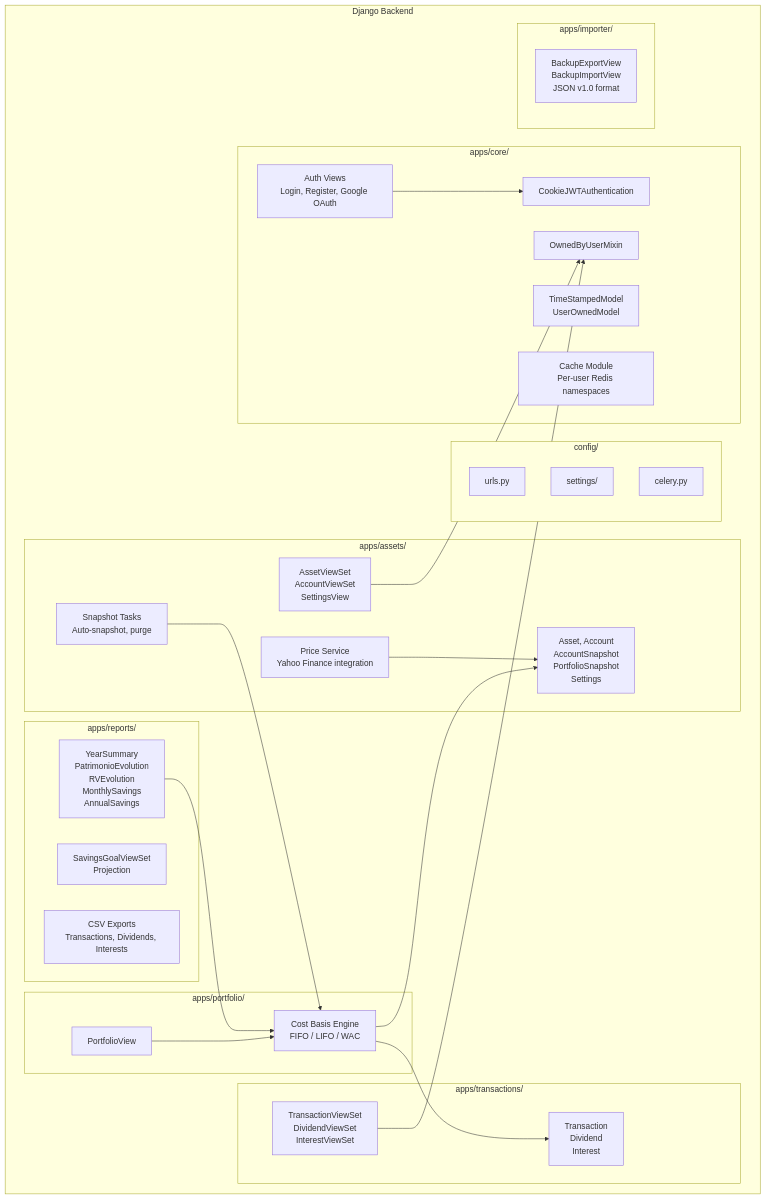
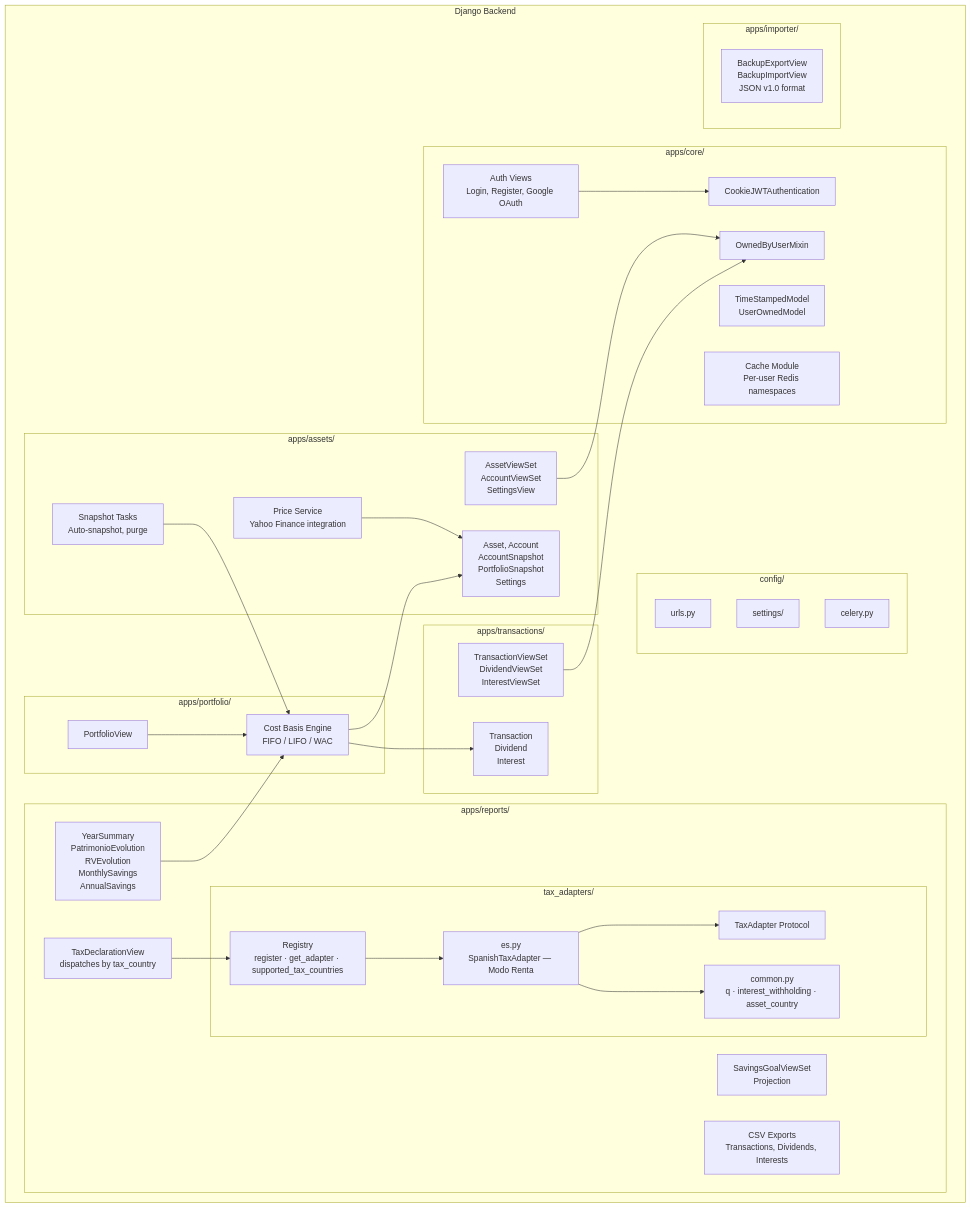
The third of 9 diagrams in docs/architecture.md (Gonzalez8/Fintrack), drawn with Mermaid before and after one commit. The commit also changed other lines of this file and 18 other files, not shown here.

First line of the commit message:
refactor(fiscal): extract per-country tax adapters into pluggable modules (#62)

````diff
--- a/docs/architecture.md
+++ b/docs/architecture.md
@@ -98,55 +98,66 @@
 ```mermaid
 graph TB
     subgraph "Django Backend"
         subgraph "config/"
             urls[urls.py]
             settings[settings/]
             celery_app[celery.py]
         end
 
         subgraph "apps/core/"
             auth_views[Auth Views<br/>Login, Register, Google OAuth]
             cookie_auth[CookieJWTAuthentication]
             mixins[OwnedByUserMixin]
             base_models[TimeStampedModel<br/>UserOwnedModel]
             cache_mod[Cache Module<br/>Per-user Redis namespaces]
         end
 
         subgraph "apps/assets/"
             asset_models[Asset, Account<br/>AccountSnapshot<br/>PortfolioSnapshot<br/>Settings]
             asset_views[AssetViewSet<br/>AccountViewSet<br/>SettingsView]
             price_service[Price Service<br/>Yahoo Finance integration]
             snapshot_tasks[Snapshot Tasks<br/>Auto-snapshot, purge]
         end
 
         subgraph "apps/transactions/"
             tx_models[Transaction<br/>Dividend<br/>Interest]
             tx_views[TransactionViewSet<br/>DividendViewSet<br/>InterestViewSet]
         end
 
         subgraph "apps/portfolio/"
             portfolio_engine[Cost Basis Engine<br/>FIFO / LIFO / WAC]
             portfolio_view[PortfolioView]
         end
 
         subgraph "apps/reports/"
             report_views[YearSummary<br/>PatrimonioEvolution<br/>RVEvolution<br/>MonthlySavings<br/>AnnualSavings]
             goals[SavingsGoalViewSet<br/>Projection]
             csv_exports[CSV Exports<br/>Transactions, Dividends, Interests]
+            tax_view[TaxDeclarationView<br/>dispatches by tax_country]
+            subgraph "tax_adapters/"
+                tax_registry[Registry<br/>register · get_adapter · supported_tax_countries]
+                tax_base[TaxAdapter Protocol]
+                tax_common[common.py<br/>q · interest_withholding · asset_country]
+                tax_es[es.py<br/>SpanishTaxAdapter — Modo Renta]
+            end
         end
 
         subgraph "apps/importer/"
             backup[BackupExportView<br/>BackupImportView<br/>JSON v1.0 format]
         end
     end
 
     auth_views --> cookie_auth
     asset_views --> mixins
     tx_views --> mixins
     portfolio_view --> portfolio_engine
     portfolio_engine --> tx_models
     portfolio_engine --> asset_models
     report_views --> portfolio_engine
+    tax_view --> tax_registry
+    tax_registry --> tax_es
+    tax_es --> tax_common
+    tax_es --> tax_base
     snapshot_tasks --> portfolio_engine
     price_service --> asset_models
 ```
````
